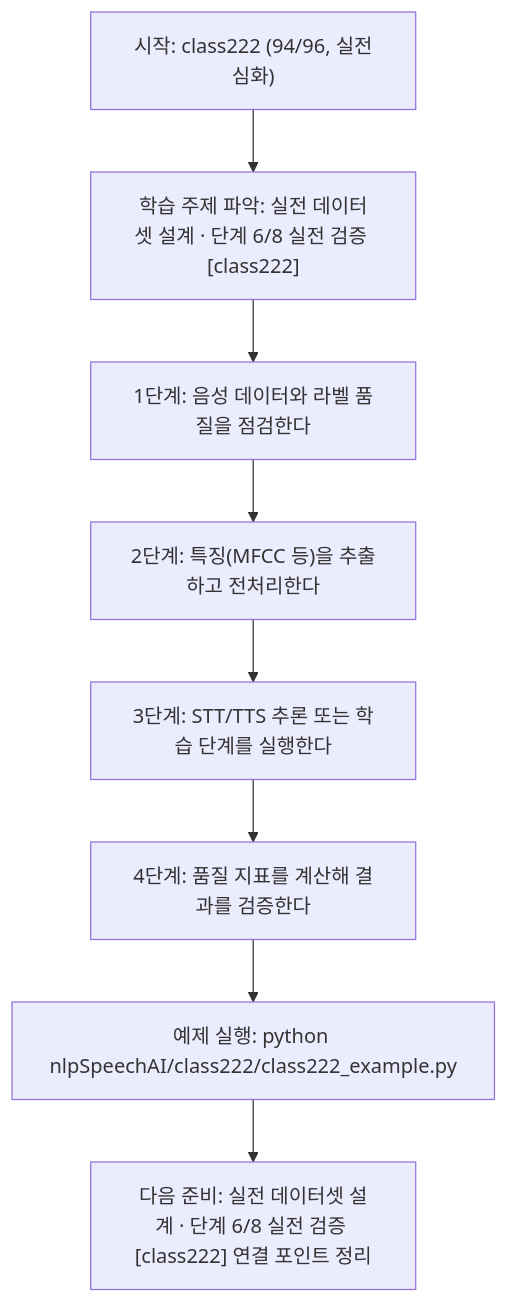
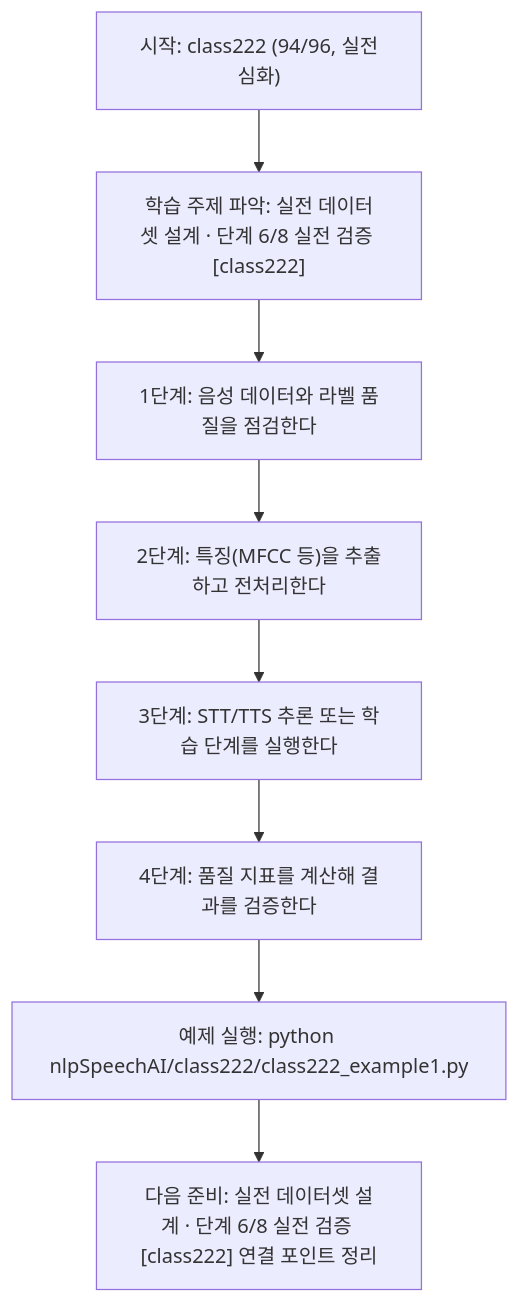
One commit to edumgt/Python-AI_Agent-Class changed the diagram in nlpSpeechAI/class222/class222.md. Above: the diagram before and after it, drawn with Mermaid. The commit also changed other lines of this file and 2959 other files, not shown here.

````diff
--- a/nlpSpeechAI/class222/class222.md
+++ b/nlpSpeechAI/class222/class222.md
@@ -114,18 +114,18 @@
 ```mermaid
 flowchart TD
 N1["시작: class222 (94/96, 실전심화)"]
 N2["학습 주제 파악: 실전 데이터셋 설계 · 단계 6/8 실전 검증 [class222]"]
 N3["1단계: 음성 데이터와 라벨 품질을 점검한다"]
 N4["2단계: 특징(MFCC 등)을 추출하고 전처리한다"]
 N5["3단계: STT/TTS 추론 또는 학습 단계를 실행한다"]
 N6["4단계: 품질 지표를 계산해 결과를 검증한다"]
-N7["예제 실행: python nlpSpeechAI/class222/class222_example.py"]
+N7["예제 실행: python nlpSpeechAI/class222/class222_example1.py"]
 N8["다음 준비: 실전 데이터셋 설계 · 단계 6/8 실전 검증 [class222] 연결 포인트 정리"]
 N1 --> N2
 N2 --> N3
 N3 --> N4
 N4 --> N5
 N5 --> N6
 N6 --> N7
 N7 --> N8
 ```
````
